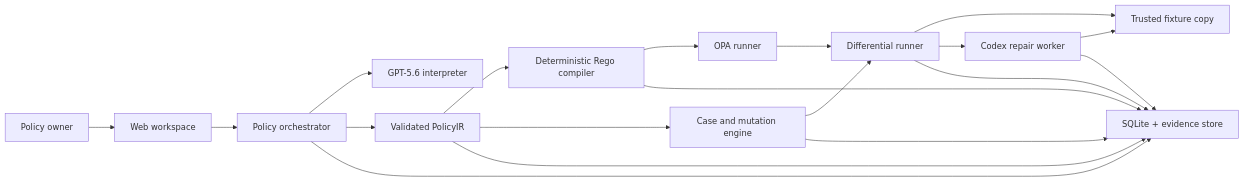
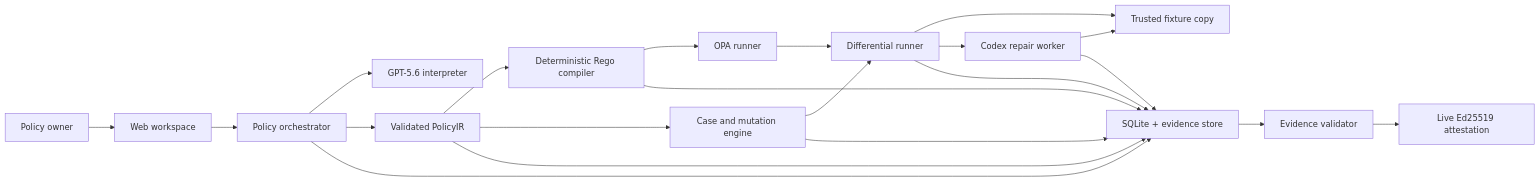
Before and after one commit to sel-chan/policytwin: the diagram in docs/architecture.md, drawn with Mermaid. The commit also changed other lines of this file and 101 other files, not shown here.

````diff
--- a/docs/architecture.md
+++ b/docs/architecture.md
@@ -5,21 +5,23 @@
 ```mermaid
 flowchart LR
   U["Policy owner"] --> W["Web workspace"]
   W --> O["Policy orchestrator"]
   O --> I["GPT-5.6 interpreter"]
   O --> P["Validated PolicyIR"]
   P --> C["Deterministic Rego compiler"]
   C --> R["OPA runner"]
   P --> G["Case and mutation engine"]
   G --> D["Differential runner"]
   R --> D
   D --> F["Trusted fixture copy"]
   D --> X["Codex repair worker"]
   X --> F
+  E --> A["Evidence validator"]
+  A --> S["Live Ed25519 attestation"]
   O --> E["SQLite + evidence store"]
   P --> E
   C --> E
   G --> E
   D --> E
   X --> E
 ```
````
